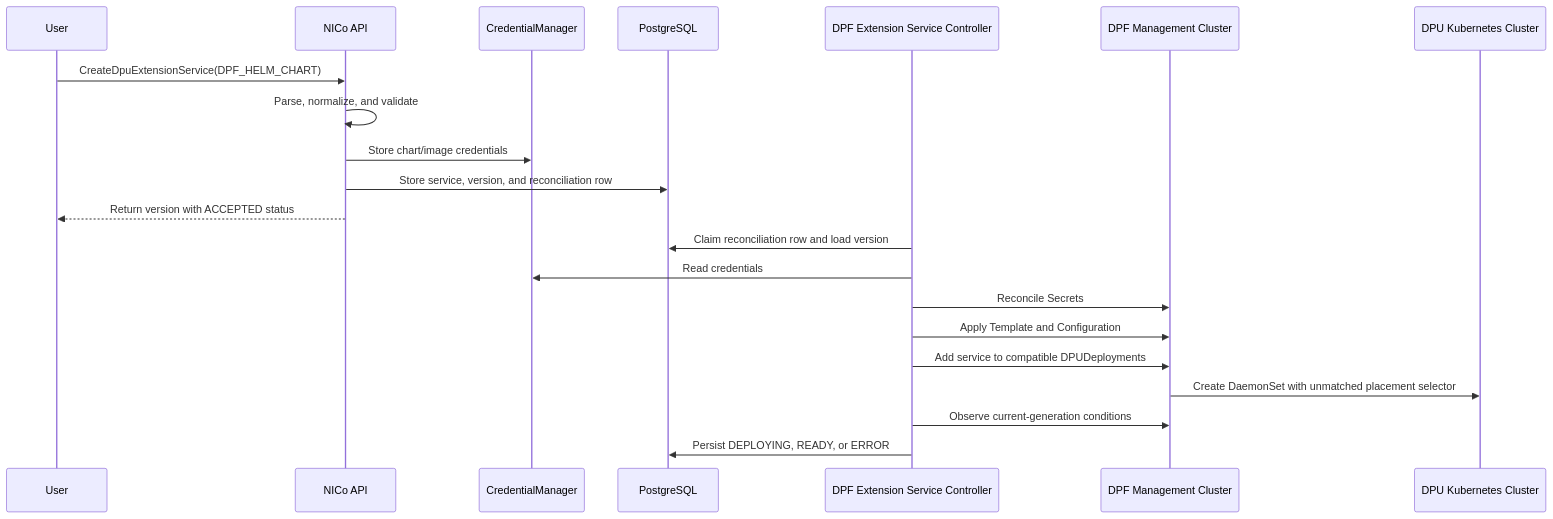
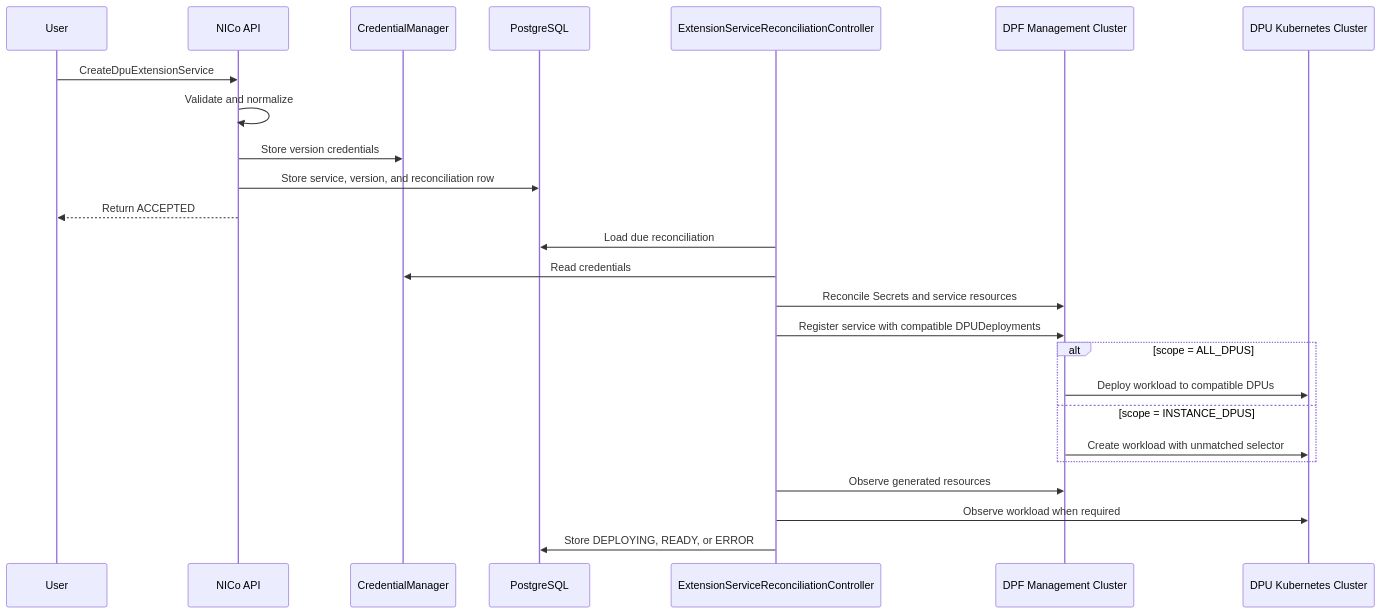
One commit to NVIDIA/infra-controller changed the diagram in docs/design/dpf-helm-chart-extension-services.md. Above: the diagram before and after it, drawn with Mermaid. The commit also changed other lines of this file, not shown here.

````diff
--- a/docs/design/dpf-helm-chart-extension-services.md
+++ b/docs/design/dpf-helm-chart-extension-services.md
@@ -351,25 +409,31 @@
 ```mermaid
 sequenceDiagram
     participant User
     participant API as NICo API
-    participant Vault as CredentialManager
+    participant Credentials as CredentialManager
     participant DB as PostgreSQL
-    participant C as DPF Extension Service Controller
+    participant Controller as ExtensionServiceReconciliationController
     participant DPF as DPF Management Cluster
     participant K8s as DPU Kubernetes Cluster
 
-    User->>API: CreateDpuExtensionService(DPF_HELM_CHART)
-    API->>API: Parse, normalize, and validate
-    API->>Vault: Store chart/image credentials
+    User->>API: CreateDpuExtensionService
+    API->>API: Validate and normalize
+    API->>Credentials: Store version credentials
     API->>DB: Store service, version, and reconciliation row
-    API-->>User: Return version with ACCEPTED status
+    API-->>User: Return ACCEPTED
 
-    C->>DB: Claim reconciliation row and load version
-    C->>Vault: Read credentials
-    C->>DPF: Reconcile Secrets
-    C->>DPF: Apply Template and Configuration
-    C->>DPF: Add service to compatible DPUDeployments
-    DPF->>K8s: Create DaemonSet with unmatched placement selector
-    C->>DPF: Observe current-generation conditions
-    C->>DB: Persist DEPLOYING, READY, or ERROR
+    Controller->>DB: Load due reconciliation
+    Controller->>Credentials: Read credentials
+    Controller->>DPF: Reconcile Secrets and service resources
+    Controller->>DPF: Register service with compatible DPUDeployments
+
+    alt scope = ALL_DPUS
+        DPF->>K8s: Deploy workload to compatible DPUs
+    else scope = INSTANCE_DPUS
+        DPF->>K8s: Create workload with unmatched selector
+    end
+
+    Controller->>DPF: Observe generated resources
+    Controller->>K8s: Observe workload when required
+    Controller->>DB: Store DEPLOYING, READY, or ERROR
 ```
````
